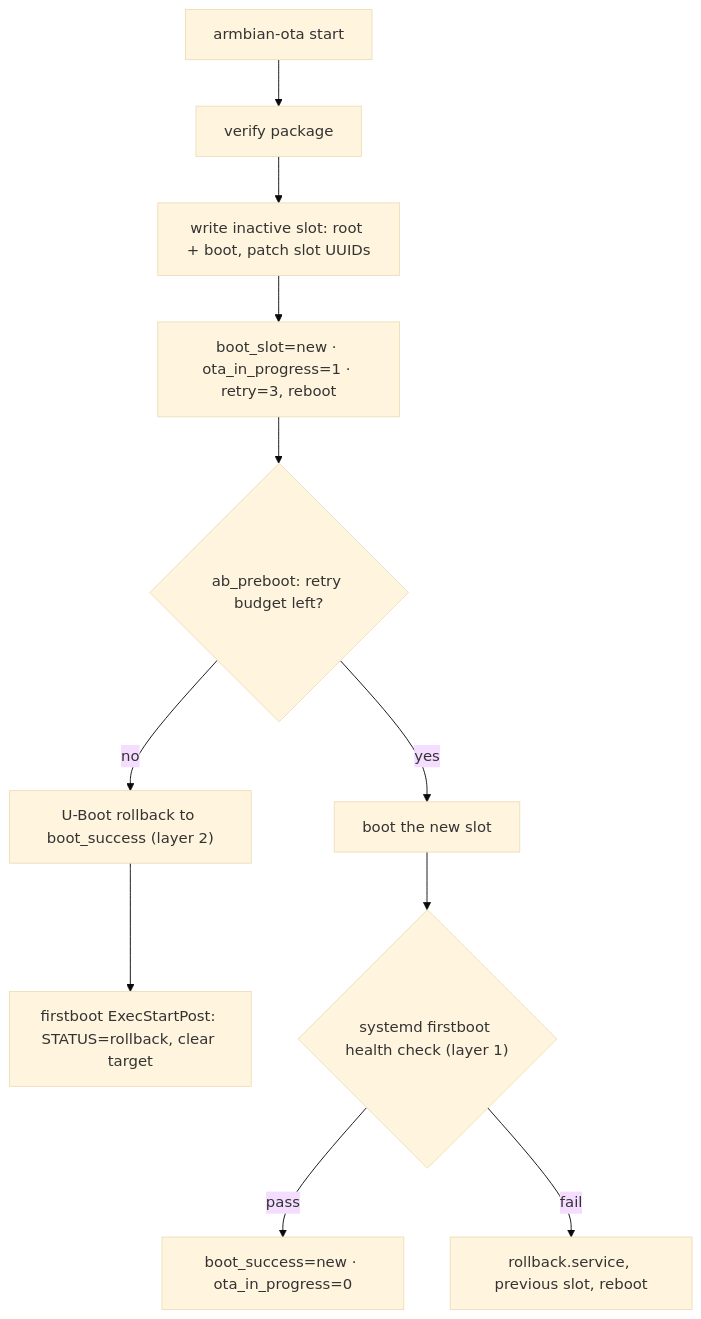
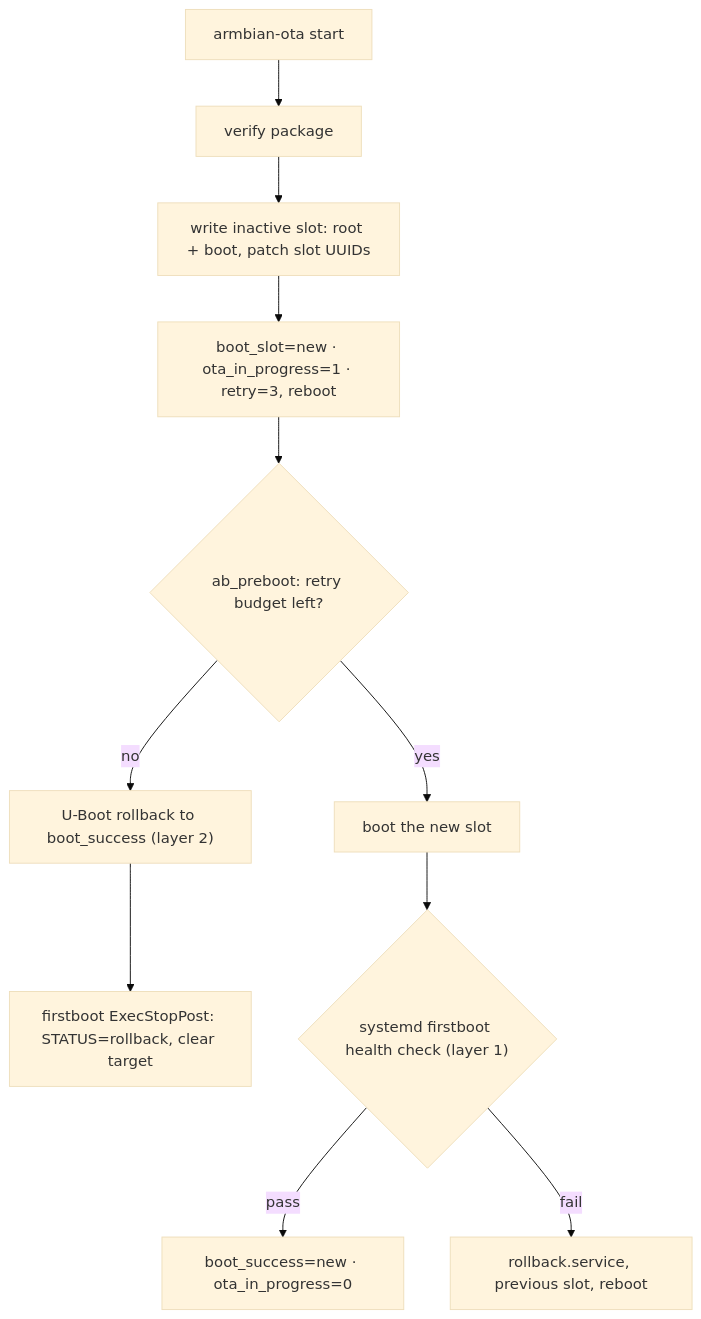
The second of 2 diagrams in armbian-ota/README.md (Seeed-Studio/seeed_armbian_extension), drawn with Mermaid (base theme) before and after one commit. The commit also changed 1 other file, not shown here.

Commit message:
fix(ota): run AB reconcile from ExecStopPost so it fires after rollback
systemd skips the remaining start commands (ExecStart, ExecStartPost)
when an ExecCondition exits 1-254, so the reconcile ExecStartPost added
in bd1a5cb7 never ran in its target scenario: after a U-Boot rollback
the third ExecCondition (ota_in_progress=1) exits 1 and the unit is
skipped with Result=success. The stale pending state then never
recorded rollback/failed until the next OTA overwrote it.

ExecStopPost is the one hook systemd still runs after an ExecCondition
skip (verified on systemd.service(5) semantics and empirically with a
transient unit: ExecStartPost marker absent, ExecStopPost marker
present after a condition skip). Move the reconcile call there; after
a successful health check reconcile stays a no-op, and a failed health
check still defers to the OnFailure rollback service.

````diff
--- a/armbian-ota/README.md
+++ b/armbian-ota/README.md
@@ -56,13 +56,13 @@
 ```mermaid
 flowchart TD
     A["armbian-ota start"] --> B["verify package"]
     B --> C["write inactive slot: root + boot, patch slot UUIDs"]
     C --> D["boot_slot=new · ota_in_progress=1 · retry=3, reboot"]
     D --> E{"ab_preboot: retry budget left?"}
     E -- no --> U["U-Boot rollback to boot_success (layer 2)"]
-    U --> R["firstboot ExecStartPost: STATUS=rollback, clear target"]
+    U --> R["firstboot ExecStopPost: STATUS=rollback, clear target"]
     E -- yes --> F["boot the new slot"]
     F --> G{"systemd firstboot health check (layer 1)"}
     G -- pass --> H["boot_success=new · ota_in_progress=0"]
     G -- fail --> I["rollback.service, previous slot, reboot"]
 ```
````
